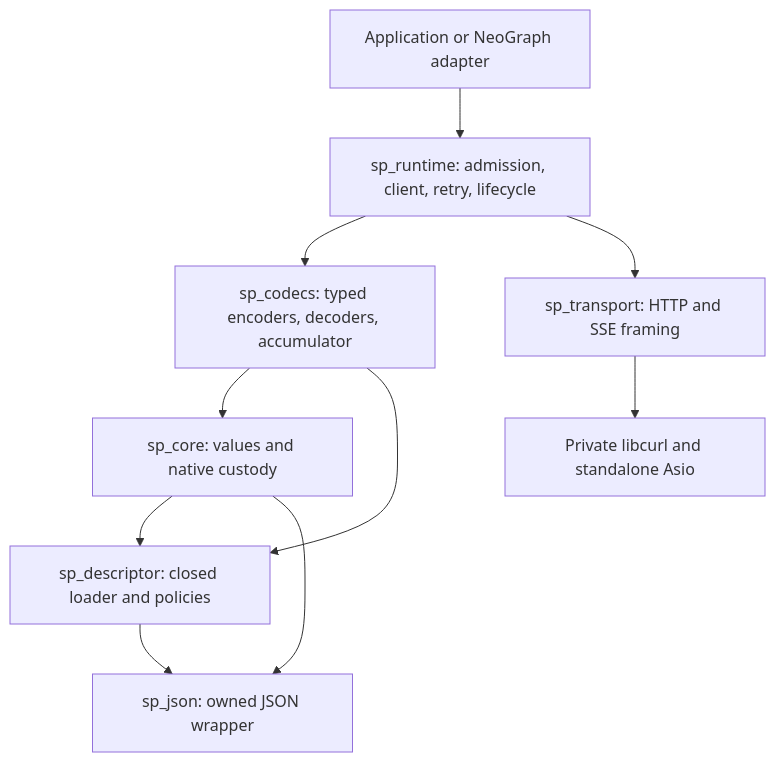
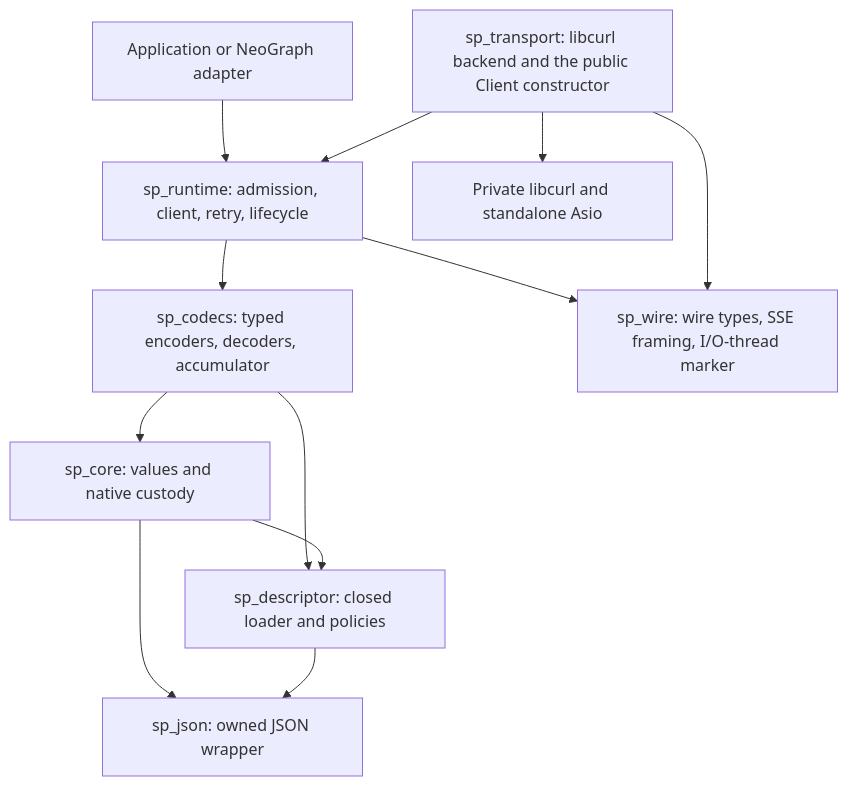
The diagram in docs/DESIGN.md (fox1245/SchemaProvider), drawn with Mermaid before and after one commit. The commit also changed other lines of this file and 12 other files, not shown here.

````diff
--- a/docs/DESIGN.md
+++ b/docs/DESIGN.md
@@ -40,12 +40,14 @@
 ```mermaid
 graph TD
   App[Application or NeoGraph adapter] --> Runtime[sp_runtime: admission, client, retry, lifecycle]
   Runtime --> Codecs[sp_codecs: typed encoders, decoders, accumulator]
-  Runtime --> Transport[sp_transport: HTTP and SSE framing]
+  Runtime --> Wire[sp_wire: wire types, SSE framing, I/O-thread marker]
+  Transport[sp_transport: libcurl backend and the public Client constructor] --> Runtime
+  Transport --> Wire
   Codecs --> Core[sp_core: values and native custody]
   Codecs --> Desc[sp_descriptor: closed loader and policies]
   Core --> Desc
   Core --> Json[sp_json: owned JSON wrapper]
   Desc --> Json
   Transport --> Curl[Private libcurl and standalone Asio]
 ```
````
